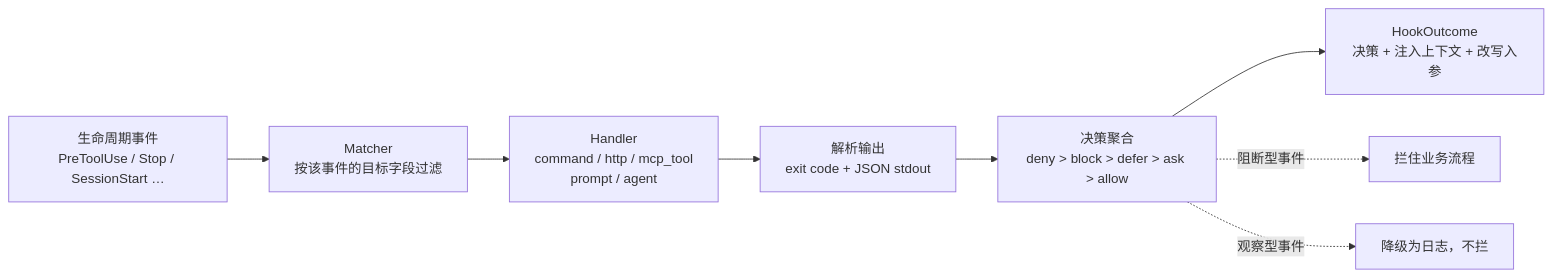
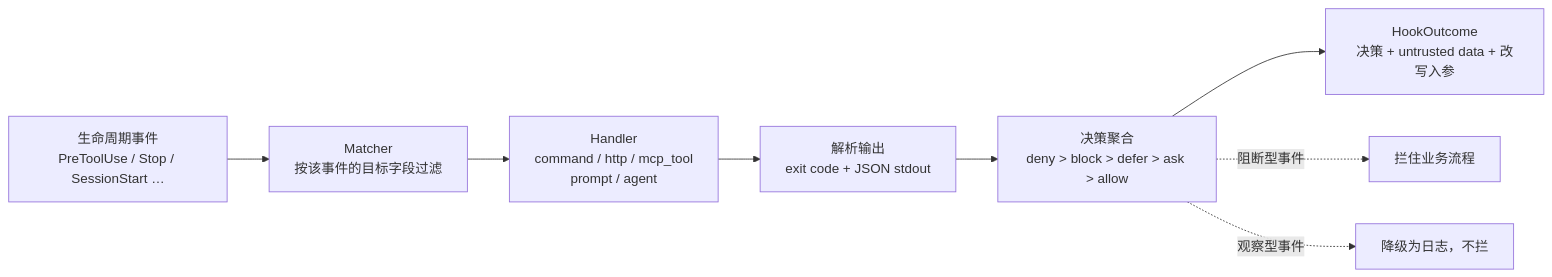
One commit to gabrielmoreira/agent-skills-mirror changed the first of 7 diagrams in mirrors/repos/shiwenwen@hope-agent/docs/architecture/agent/hooks.md. Above: the diagram before and after it, drawn with Mermaid. The commit also changed other lines of this file and 2625 other files, not shown here.

````diff
--- a/mirrors/repos/shiwenwen@hope-agent/docs/architecture/agent/hooks.md
+++ b/mirrors/repos/shiwenwen@hope-agent/docs/architecture/agent/hooks.md
@@ -17,10 +17,10 @@
 ```mermaid
 flowchart LR
     E["生命周期事件<br/>PreToolUse / Stop / SessionStart …"] --> M["Matcher<br/>按该事件的目标字段过滤"]
     M --> H["Handler<br/>command / http / mcp_tool<br/>prompt / agent"]
     H --> P["解析输出<br/>exit code + JSON stdout"]
     P --> D["决策聚合<br/>deny > block > defer > ask > allow"]
-    D --> O["HookOutcome<br/>决策 + 注入上下文 + 改写入参"]
+    D --> O["HookOutcome<br/>决策 + untrusted data + 改写入参"]
     D -.阻断型事件.-> G["拦住业务流程"]
     D -.观察型事件.-> L["降级为日志，不拦"]
 ```
````
